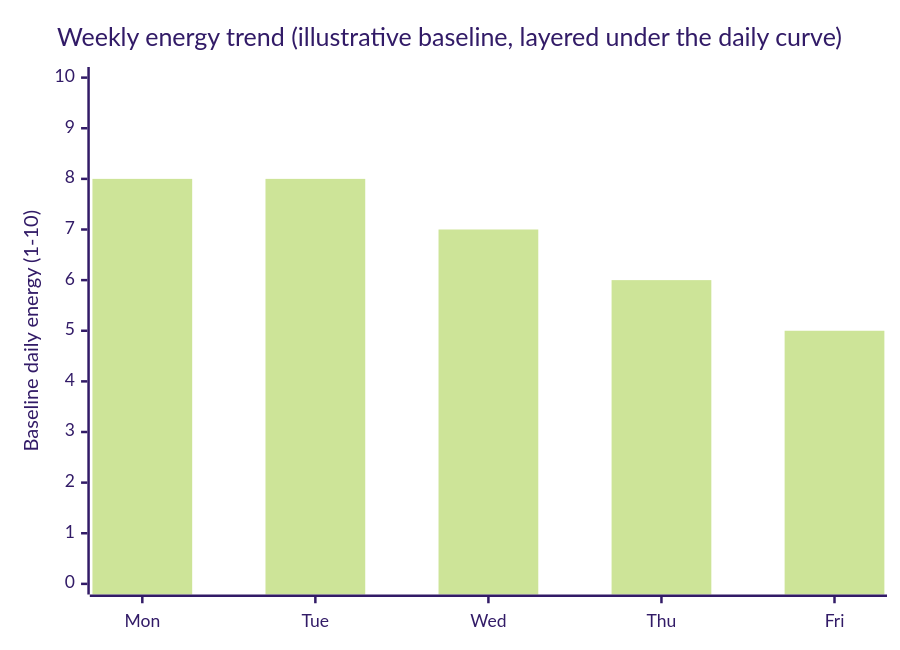
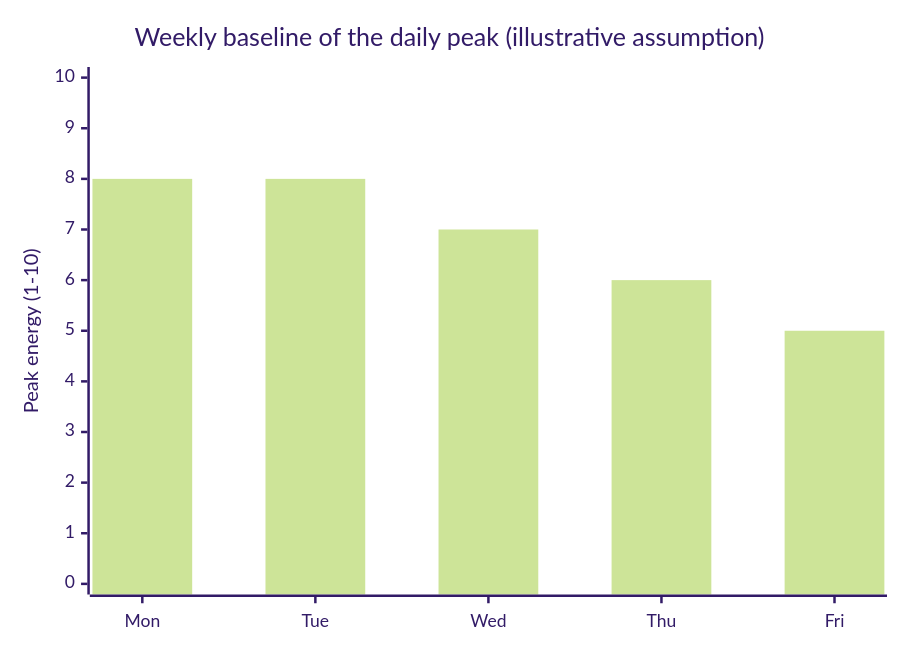
Before and after one commit to francoandreDev/knowledge: the third of 3 diagrams in src/content/sustainable-performance/energy-management-across-day-week/L2-concept.mdx, drawn with Mermaid (forest theme). The commit also changed other lines of this file and 24 other files, not shown here.

````diff
--- a/src/content/sustainable-performance/energy-management-across-day-week/L2-concept.mdx
+++ b/src/content/sustainable-performance/energy-management-across-day-week/L2-concept.mdx
@@ -88,7 +111,7 @@
 ```mermaid
 xychart-beta
-    title "Weekly energy trend (illustrative baseline, layered under the daily curve)"
+    title "Weekly baseline of the daily peak (illustrative assumption)"
     x-axis ["Mon", "Tue", "Wed", "Thu", "Fri"]
-    y-axis "Baseline daily energy (1-10)" 0 --> 10
+    y-axis "Peak energy (1-10)" 0 --> 10
     bar [8, 8, 7, 6, 5]
 ```
````
